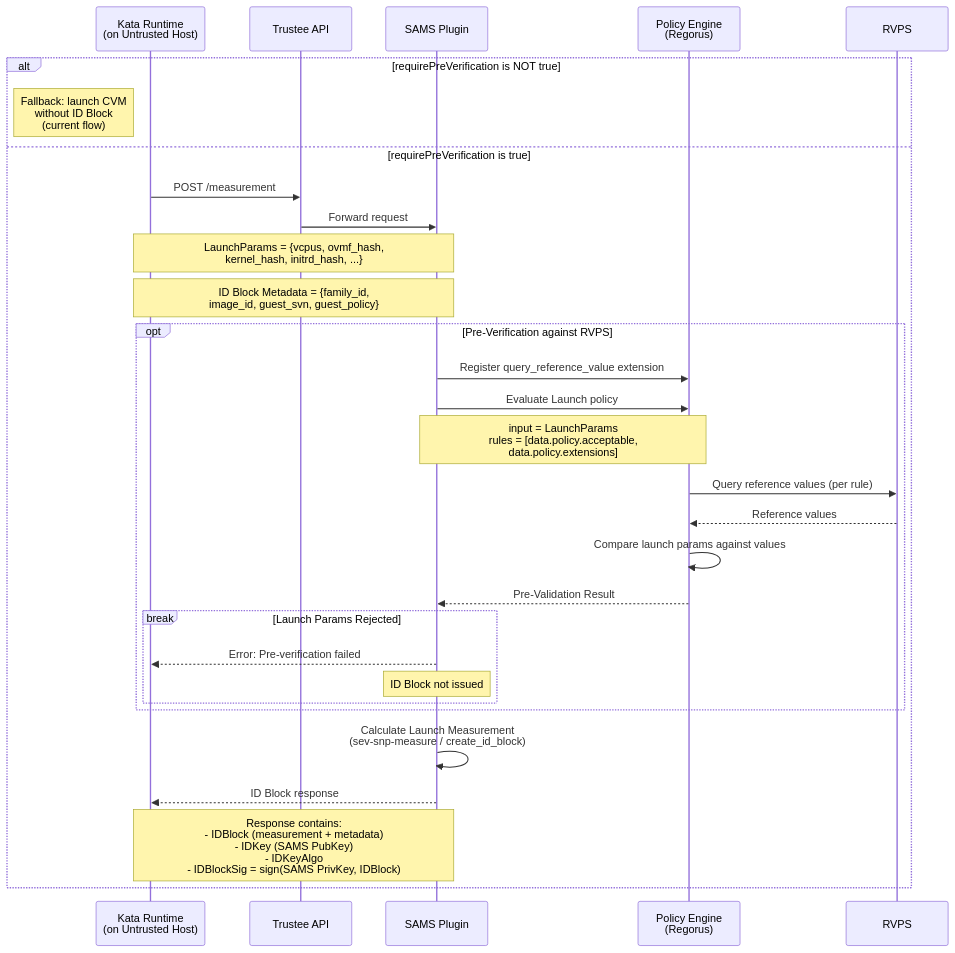
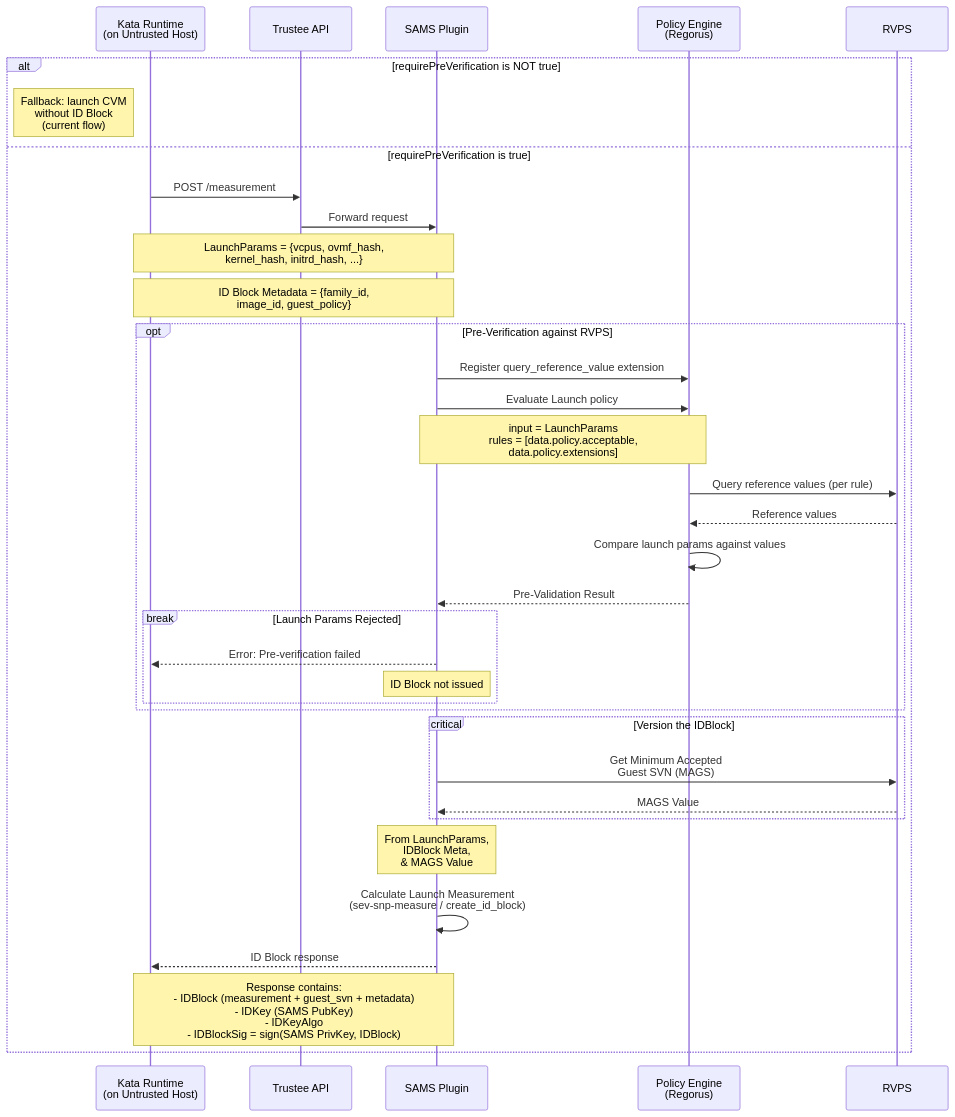
The second of 6 diagrams in kbs/src/plugins/implementations/sams/README.md (amd-cmaxwell/trustee), drawn with Mermaid before and after one commit. The commit also changed other lines of this file, not shown here.

First line of the commit message:
kbs: remove launch-param-in-initdata references from SAMS README

````diff
--- a/kbs/src/plugins/implementations/sams/README.md
+++ b/kbs/src/plugins/implementations/sams/README.md
@@ -106,36 +107,41 @@
 ```mermaid
 sequenceDiagram
     participant kata_runtime as Kata Runtime<br>(on Untrusted Host)
     participant api as Trustee API
     participant sams as SAMS Plugin
     participant policy_engine as Policy Engine<br>(Regorus)
     participant rvps as RVPS
 
     alt requirePreVerification is NOT true
         note left of kata_runtime: Fallback: launch CVM<br>without ID Block<br>(current flow)
     else requirePreVerification is true
         kata_runtime ->> api: POST /measurement
         api ->> sams: Forward request
 
         note over kata_runtime, sams: LaunchParams = {vcpus, ovmf_hash,<br>kernel_hash, initrd_hash, ...}
-        note over kata_runtime, sams: ID Block Metadata = {family_id,<br>image_id, guest_svn, guest_policy}
+        note over kata_runtime, sams: ID Block Metadata = {family_id,<br>image_id, guest_policy}
 
         opt Pre-Verification against RVPS
             sams ->> policy_engine: Register query_reference_value extension
             sams ->> policy_engine: Evaluate Launch policy
             note over sams, policy_engine: input = LaunchParams<br>rules = [data.policy.acceptable,<br>data.policy.extensions]
             policy_engine ->> rvps: Query reference values (per rule)
             rvps -->> policy_engine: Reference values
             policy_engine ->> policy_engine: Compare launch params against values
             policy_engine -->> sams: Pre-Validation Result
             break Launch Params Rejected
                 sams -->> kata_runtime: Error: Pre-verification failed
                 note over sams: ID Block not issued
             end
         end
 
+        critical Version the IDBlock
+            sams ->> rvps: Get Minimum Accepted <br>Guest SVN (MAGS)
+            rvps -->> sams: MAGS Value
+        end
+        note over sams: From LaunchParams,<br> IDBlock Meta,<br> & MAGS Value
         sams ->> sams: Calculate Launch Measurement<br>(sev-snp-measure / create_id_block)
         sams -->> kata_runtime: ID Block response
-        note over sams, kata_runtime: Response contains:<br>- IDBlock (measurement + metadata)<br>- IDKey (SAMS PubKey)<br>- IDKeyAlgo<br>- IDBlockSig = sign(SAMS PrivKey, IDBlock)
+        note over sams, kata_runtime: Response contains:<br>- IDBlock (measurement + guest_svn + metadata)<br>- IDKey (SAMS PubKey)<br>- IDKeyAlgo<br>- IDBlockSig = sign(SAMS PrivKey, IDBlock)
     end
 ```
````
